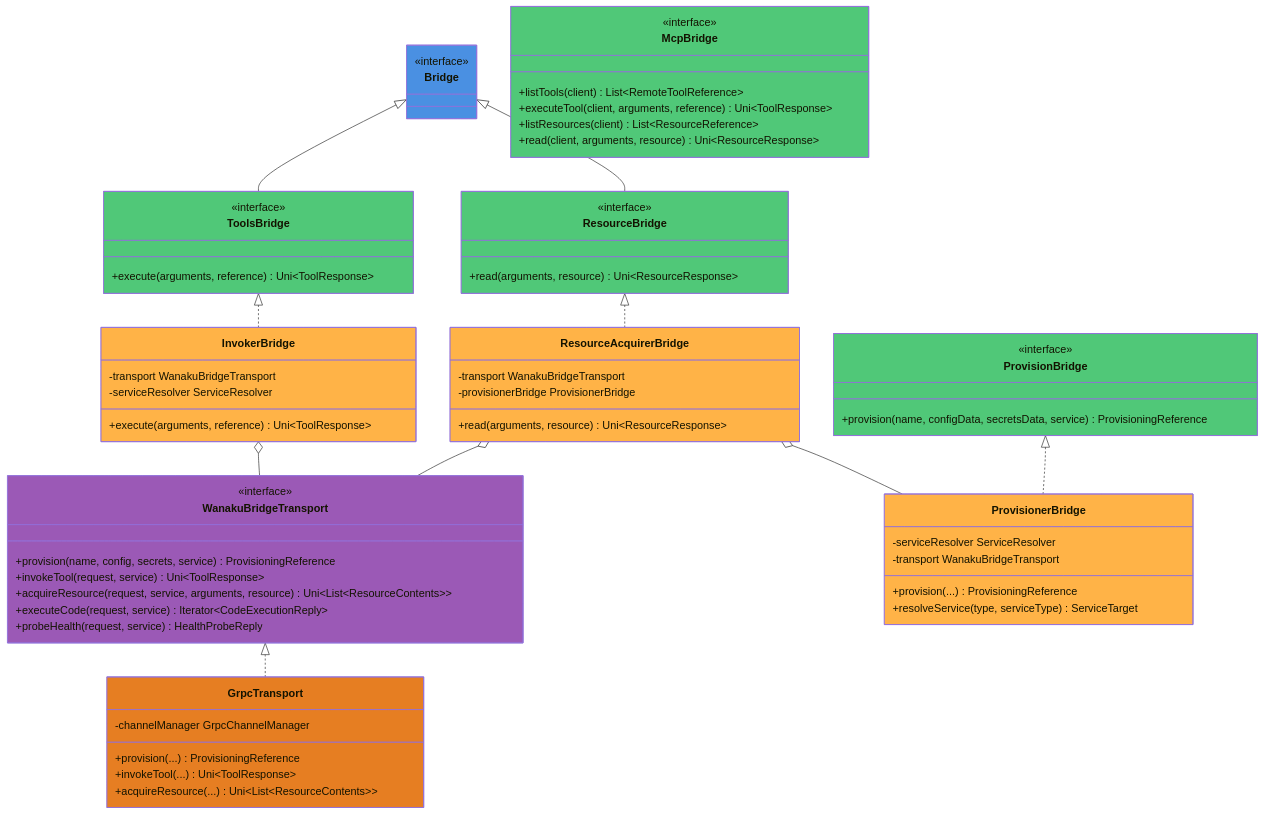
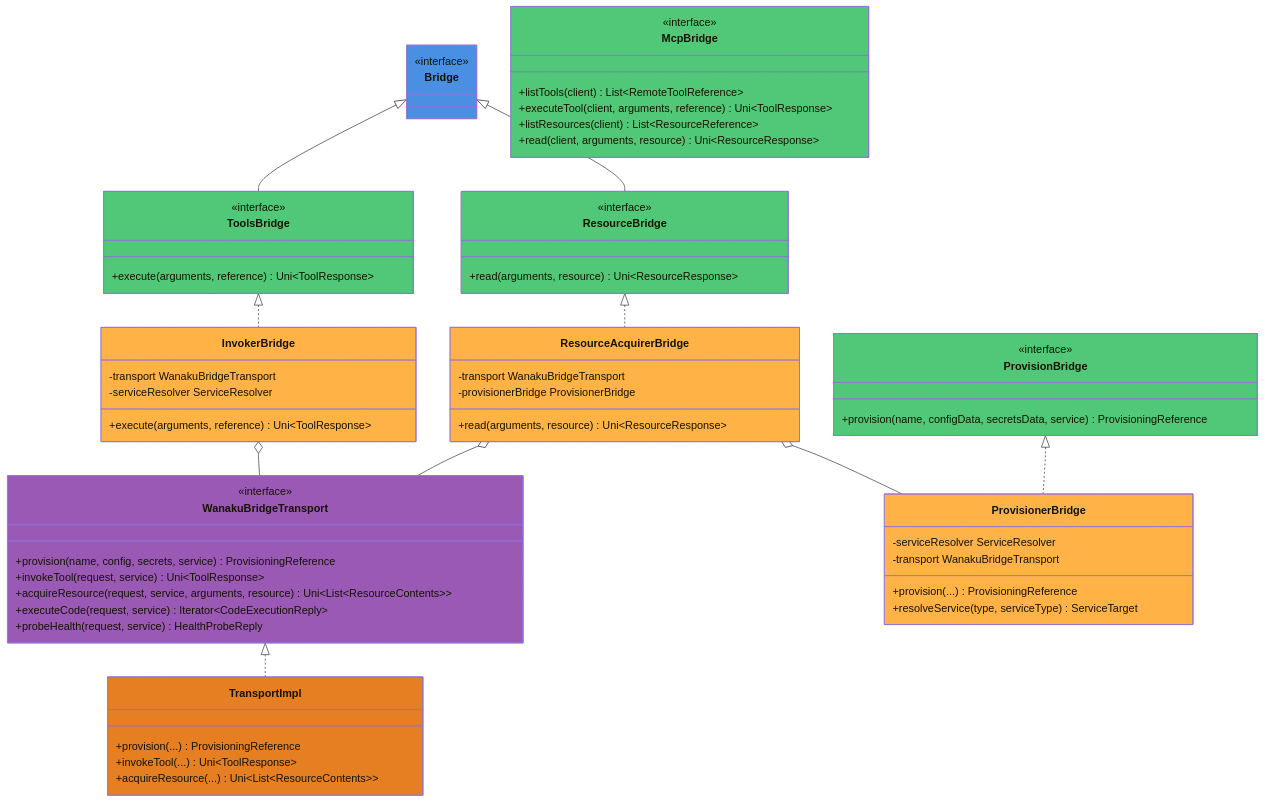
The first of 5 diagrams in docs/wanaku-router-internals.md (orpiske/wanaku-barn), drawn with Mermaid before and after one commit. The commit also changed other lines of this file and 84 other files, not shown here.

First line of the commit message:
chore: remove gRPC bridge transport layer

````diff
--- a/docs/wanaku-router-internals.md
+++ b/docs/wanaku-router-internals.md
@@ -69,8 +69,7 @@
         +resolveService(type, serviceType) ServiceTarget
     }
 
-    class GrpcTransport {
-        -channelManager GrpcChannelManager
+    class TransportImpl {
         +provision(...) ProvisioningReference
         +invokeTool(...) Uni~ToolResponse~
         +acquireResource(...) Uni~List~ResourceContents~~
@@ -81,7 +80,7 @@
     ProvisionBridge <|.. ProvisionerBridge
     ResourceBridge <|.. ResourceAcquirerBridge
     ToolsBridge <|.. InvokerBridge
-    WanakuBridgeTransport <|.. GrpcTransport
+    WanakuBridgeTransport <|.. TransportImpl
     ResourceAcquirerBridge o-- WanakuBridgeTransport
     ResourceAcquirerBridge o-- ProvisionerBridge
     InvokerBridge o-- WanakuBridgeTransport
@@ -95,5 +94,5 @@
     style ResourceAcquirerBridge fill:#FFB347
     style InvokerBridge fill:#FFB347
     style ProvisionerBridge fill:#FFB347
-    style GrpcTransport fill:#E67E22
+    style TransportImpl fill:#E67E22
 ```
````
